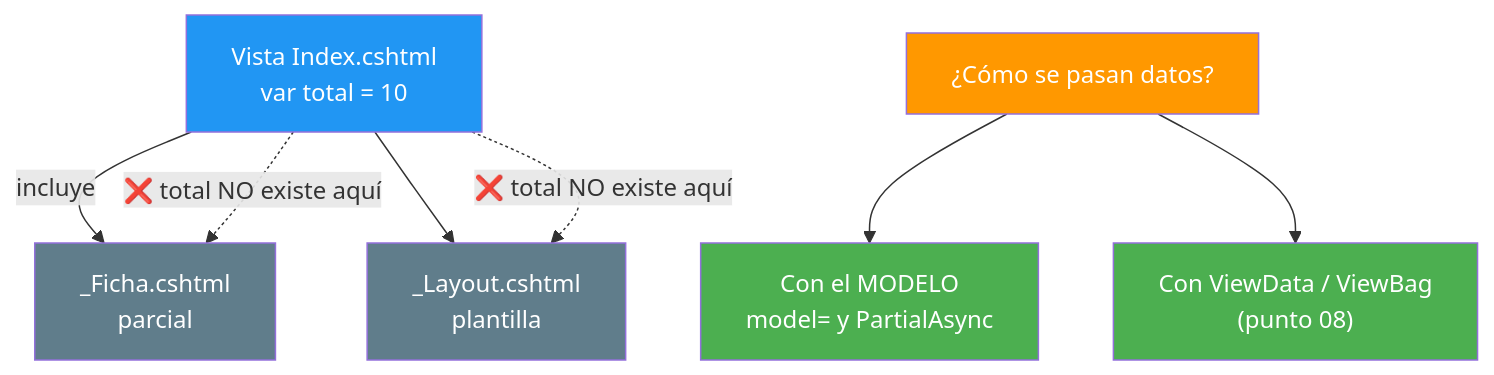
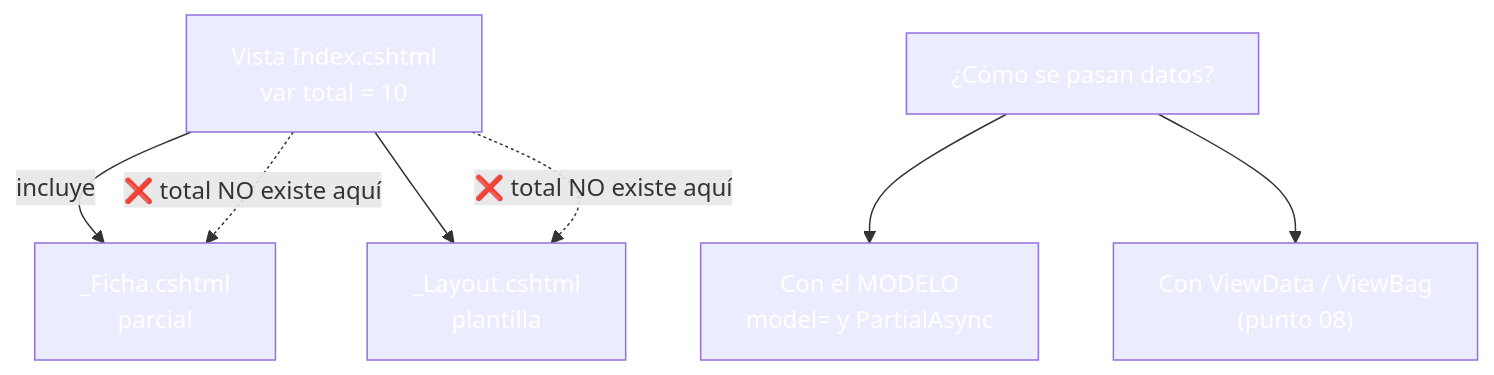
The sixth of 6 diagrams in 02-directivas-sintaxis.md (joseluisgs/DesarrolloWebEntornosServidor-03-2026-2027), drawn with Mermaid before and after one commit. The commit also changed other lines of this file and 30 other files, not shown here.

````diff
--- a/02-directivas-sintaxis.md
+++ b/02-directivas-sintaxis.md
@@ -597,18 +597,18 @@
 ```mermaid
 graph TD
     A["Vista Index.cshtml<br/>var total = 10"] -->|"incluye"| B["_Ficha.cshtml<br/>parcial"]
     A --> C["_Layout.cshtml<br/>plantilla"]
 
     A -.->|"❌ total NO existe aquí"| B
     A -.->|"❌ total NO existe aquí"| C
 
     D["¿Cómo se pasan datos?"] --> E["Con el MODELO<br/>model= y PartialAsync"]
     D --> F["Con ViewData / ViewBag<br/>(punto 08)"]
 
-    style A fill:#2196F3,color:#fff
-    style B fill:#607D8B,color:#fff
-    style C fill:#607D8B,color:#fff
-    style D fill:#FF9800,color:#fff
-    style E fill:#4CAF50,color:#fff
-    style F fill:#4CAF50,color:#fff
+    style A fill:#2196F,color:#fff3,color:#fff
+    style B fill:#607D8,color:#fffB,color:#fff
+    style C fill:#607D8,color:#fffB,color:#fff
+    style D fill:#FF980,color:#fff0,color:#fff
+    style E fill:#4CAF5,color:#fff0,color:#fff
+    style F fill:#4CAF5,color:#fff0,color:#fff
 ```
````
